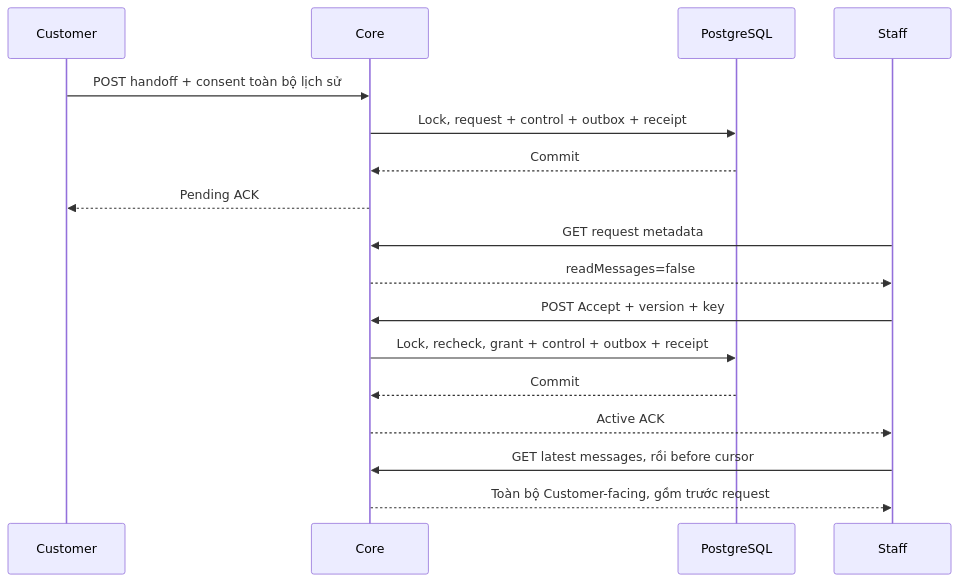
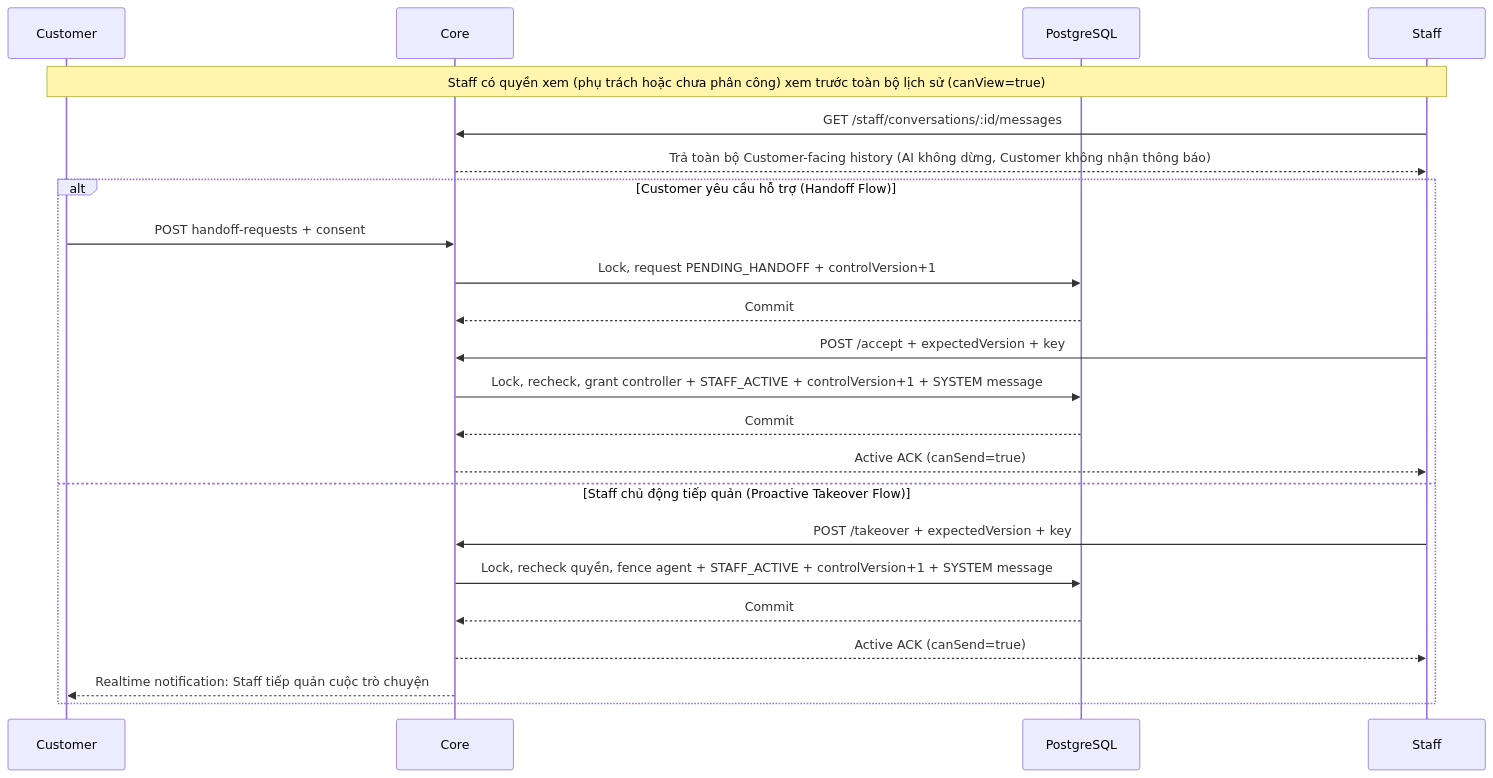
Before and after one commit to natuan05/LifeInsuranceAIAssistant: the diagram in docs/ui/staff/plans/inbox/03-handoff-transcript.md, drawn with Mermaid. The commit also changed other lines of this file and 36 other files, not shown here.

Commit message:
feat: implement FR-006 staff chat visibility and proactive takeover

````diff
--- a/docs/ui/staff/plans/inbox/03-handoff-transcript.md
+++ b/docs/ui/staff/plans/inbox/03-handoff-transcript.md
@@ -195,19 +234,25 @@
 ```mermaid
 sequenceDiagram
   participant C as Customer
   participant K as Core
   participant D as PostgreSQL
   participant S as Staff
-  C->>K: POST handoff + consent toàn bộ lịch sử
-  K->>D: Lock, request + control + outbox + receipt
-  D-->>K: Commit
-  K-->>C: Pending ACK
-  S->>K: GET request metadata
-  K-->>S: readMessages=false
-  S->>K: POST Accept + version + key
-  K->>D: Lock, recheck, grant + control + outbox + receipt
-  D-->>K: Commit
-  K-->>S: Active ACK
-  S->>K: GET latest messages, rồi before cursor
-  K-->>S: Toàn bộ Customer-facing, gồm trước request
+  Note over C,S: Staff có quyền xem (phụ trách hoặc chưa phân công) xem trước toàn bộ lịch sử (canView=true)
+  S->>K: GET /staff/conversations/:id/messages
+  K-->>S: Trả toàn bộ Customer-facing history (AI không dừng, Customer không nhận thông báo)
+  alt Customer yêu cầu hỗ trợ (Handoff Flow)
+    C->>K: POST handoff-requests + consent
+    K->>D: Lock, request PENDING_HANDOFF + controlVersion+1
+    D-->>K: Commit
+    S->>K: POST /accept + expectedVersion + key
+    K->>D: Lock, recheck, grant controller + STAFF_ACTIVE + controlVersion+1 + SYSTEM message
+    D-->>K: Commit
+    K-->>S: Active ACK (canSend=true)
+  else Staff chủ động tiếp quản (Proactive Takeover Flow)
+    S->>K: POST /takeover + expectedVersion + key
+    K->>D: Lock, recheck quyền, fence agent + STAFF_ACTIVE + controlVersion+1 + SYSTEM message
+    D-->>K: Commit
+    K-->>S: Active ACK (canSend=true)
+    K-->>C: Realtime notification: Staff tiếp quản cuộc trò chuyện
+  end
 ```
````
